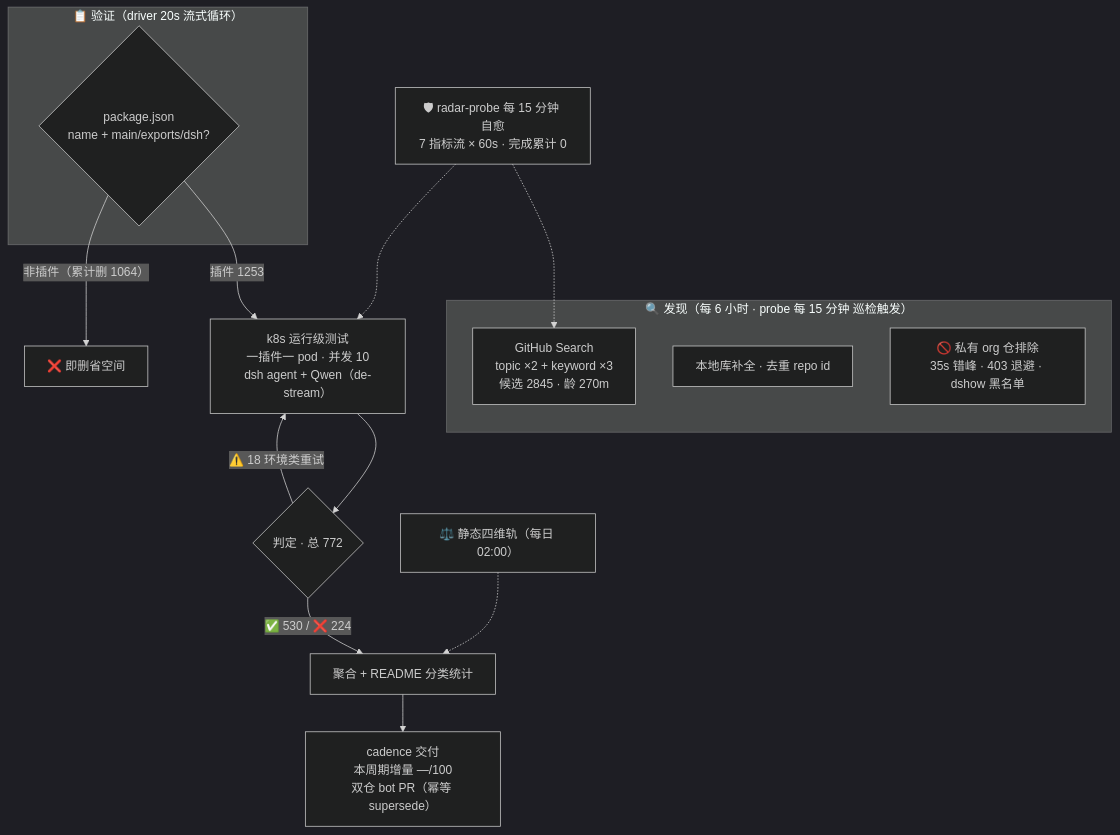
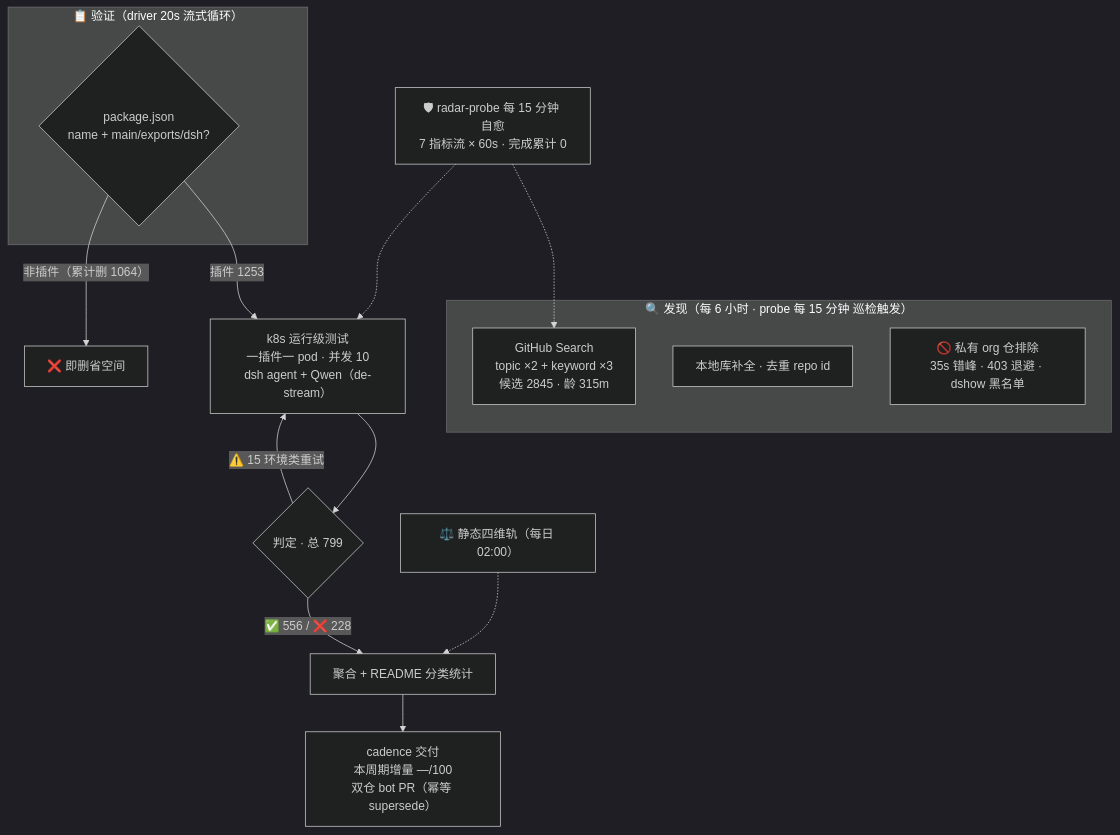
One commit to Zhidao-Lab-OSS/awesome-dsh-plugins changed the diagram in README.md. Above: the diagram before and after it, drawn with Mermaid (dark theme). The commit also changed other lines of this file and 1 other file, not shown here.

````diff
--- a/README.md
+++ b/README.md
@@ -32,20 +32,20 @@
 ```mermaid
 flowchart TB
     subgraph Discovery["🔍 发现（每 6 小时 · probe 每 15 分钟 巡检触发）"]
-        A1["GitHub Search<br/>topic ×2 + keyword ×3<br/>候选 2845 · 龄 270m"]
+        A1["GitHub Search<br/>topic ×2 + keyword ×3<br/>候选 2845 · 龄 315m"]
         A2["本地库补全 · 去重 repo id"]
         A3["🚫 私有 org 仓排除<br/>35s 错峰 · 403 退避 · dshow 黑名单"]
     end
     subgraph Validation["📋 验证（driver 20s 流式循环）"]
         B1{"package.json<br/>name + main/exports/dsh?"}
     end
     B1 -->|"插件 1253"| C1["k8s 运行级测试<br/>一插件一 pod · 并发 10<br/>dsh agent + Qwen（de-stream）"]
     B1 -->|"非插件（累计删 1064）"| B3["❌ 即删省空间"]
-    C1 --> D1{"判定 · 总 772"}
-    D1 -->|"✅ 530 / ❌ 224"| E1["聚合 + README 分类统计"]
-    D1 -->|"⚠️ 18 环境类重试"| C1
+    C1 --> D1{"判定 · 总 799"}
+    D1 -->|"✅ 556 / ❌ 228"| E1["聚合 + README 分类统计"]
+    D1 -->|"⚠️ 15 环境类重试"| C1
     E1 --> E2["cadence 交付<br/>本周期增量 —/100<br/>双仓 bot PR（幂等 supersede）"]
     S["⚖️ 静态四维轨（每日 02:00）"] -.-> E1
     M["🛡 radar-probe 每 15 分钟 自愈<br/>7 指标流 × 60s · 完成累计 0"] -.-> A1
     M -.-> C1
 ```
````
